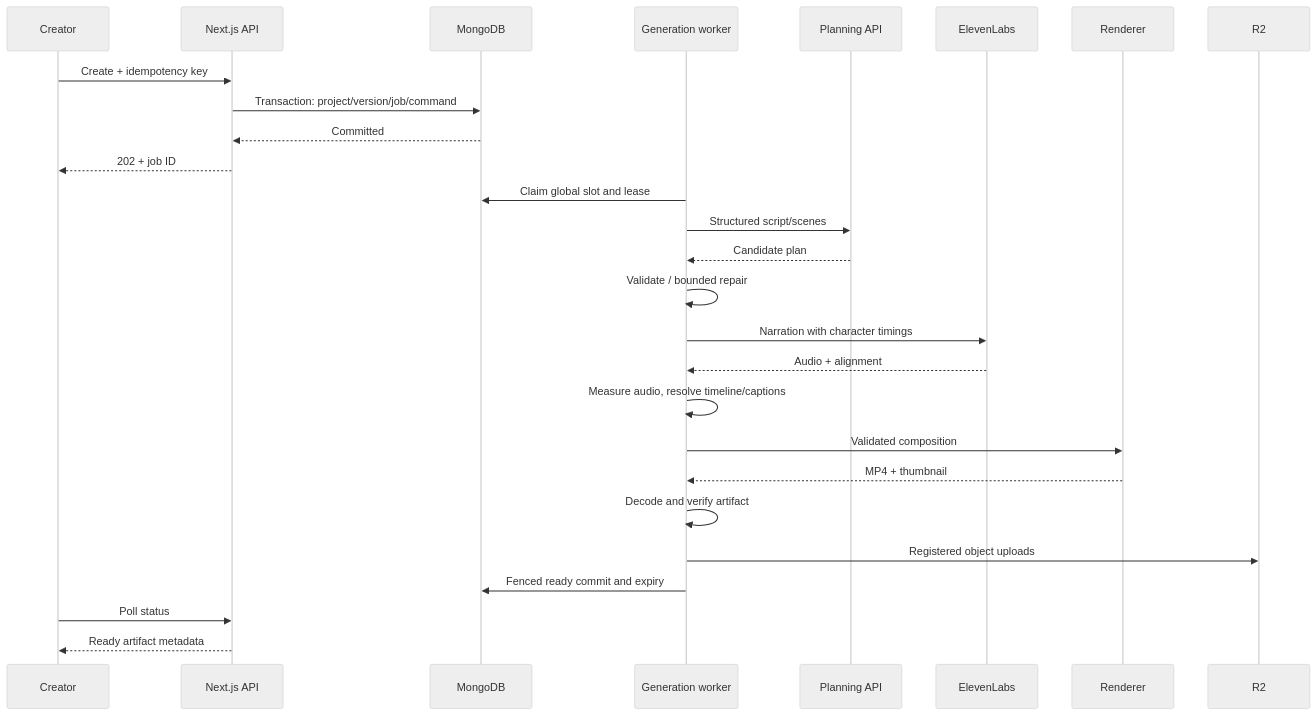
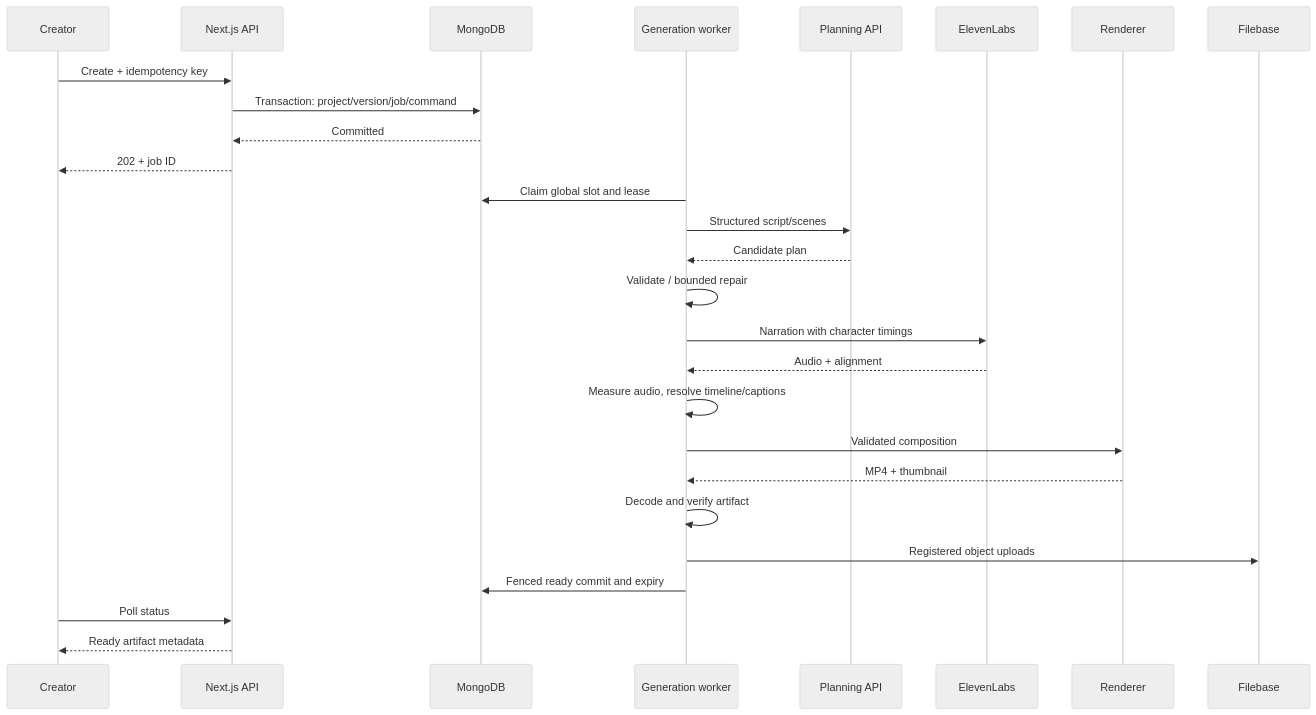
The second of 3 diagrams in docs/ChitraBodh-Dashboard-System-Design.md (balajiraparti/ChitraBodh---AI-powered-Video-Generator), drawn with Mermaid (neutral theme) before and after one commit. The commit also changed other lines of this file and 9 other files, not shown here.

````diff
--- a/docs/ChitraBodh-Dashboard-System-Design.md
+++ b/docs/ChitraBodh-Dashboard-System-Design.md
@@ -315,29 +315,29 @@
 ```mermaid
 sequenceDiagram
     participant U as Creator
     participant API as Next.js API
     participant DB as MongoDB
     participant W as Generation worker
     participant AI as Planning API
     participant VO as ElevenLabs
     participant R as Renderer
-    participant S as R2
+    participant S as Filebase
     U->>API: Create + idempotency key
     API->>DB: Transaction: project/version/job/command
     DB-->>API: Committed
     API-->>U: 202 + job ID
     W->>DB: Claim global slot and lease
     W->>AI: Structured script/scenes
     AI-->>W: Candidate plan
     W->>W: Validate / bounded repair
     W->>VO: Narration with character timings
     VO-->>W: Audio + alignment
     W->>W: Measure audio, resolve timeline/captions
     W->>R: Validated composition
     R-->>W: MP4 + thumbnail
     W->>W: Decode and verify artifact
     W->>S: Registered object uploads
     W->>DB: Fenced ready commit and expiry
     U->>API: Poll status
     API-->>U: Ready artifact metadata
 ```
````
